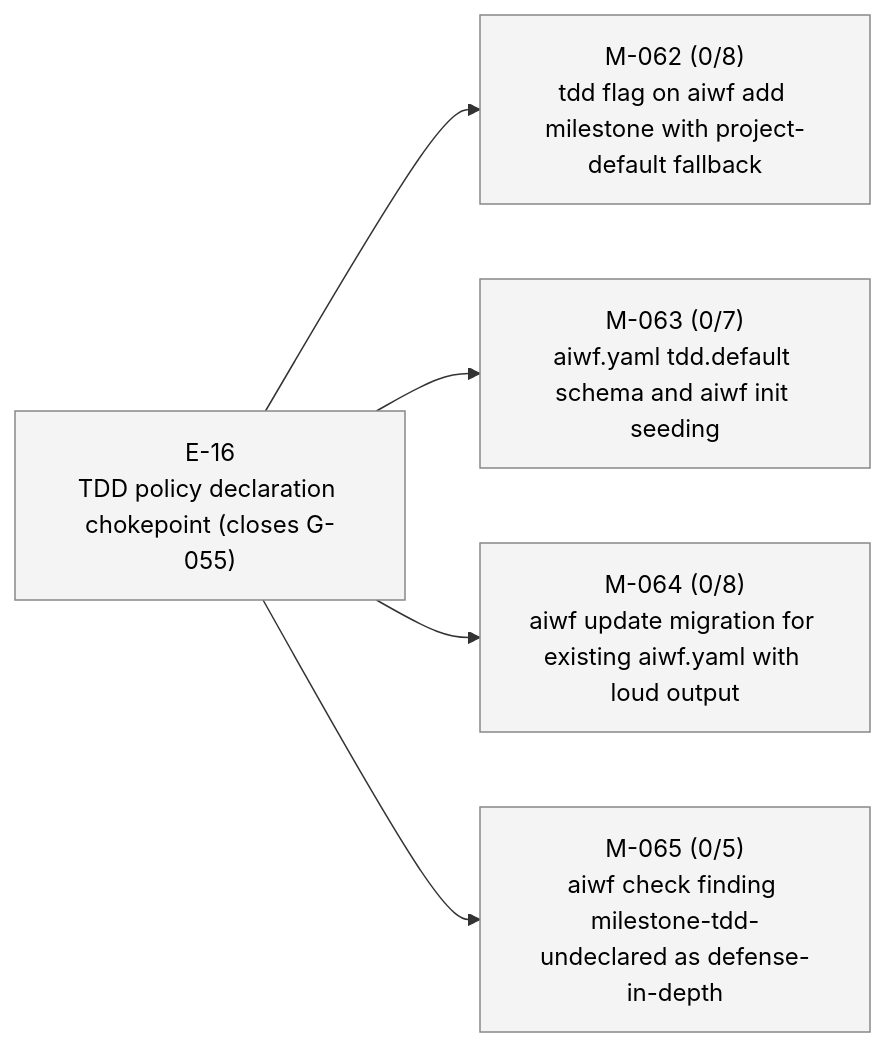
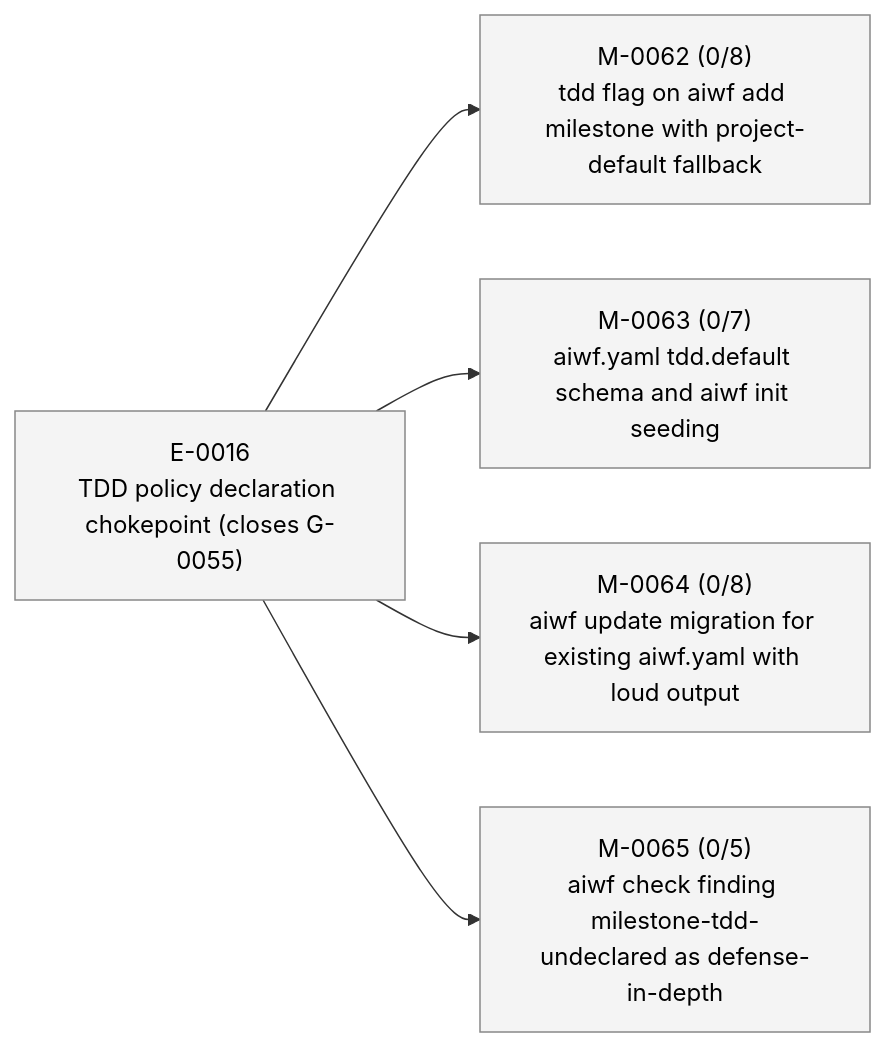
One commit to 23min/aiwf changed the first of 2 diagrams in STATUS.md. Above: the diagram before and after it, drawn with Mermaid. The commit also changed other lines of this file and 417 other files, not shown here.

````diff
--- a/STATUS.md
+++ b/STATUS.md
@@ -18,18 +18,18 @@
 ```mermaid
 flowchart LR
-  E_16["E-16<br/>TDD policy declaration chokepoint (closes G-055)"]:::epic_proposed
-  M_062["M-062 (0/8)<br/>tdd flag on aiwf add milestone with project-default fallback"]:::ms_draft
-  E_16 --> M_062
-  M_063["M-063 (0/7)<br/>aiwf.yaml tdd.default schema and aiwf init seeding"]:::ms_draft
-  E_16 --> M_063
-  M_064["M-064 (0/8)<br/>aiwf update migration for existing aiwf.yaml with loud output"]:::ms_draft
-  E_16 --> M_064
-  M_065["M-065 (0/5)<br/>aiwf check finding milestone-tdd-undeclared as defense-in-depth"]:::ms_draft
-  E_16 --> M_065
+  E_0016["E-0016<br/>TDD policy declaration chokepoint (closes G-0055)"]:::epic_proposed
+  M_0062["M-0062 (0/8)<br/>tdd flag on aiwf add milestone with project-default fallback"]:::ms_draft
+  E_0016 --> M_0062
+  M_0063["M-0063 (0/7)<br/>aiwf.yaml tdd.default schema and aiwf init seeding"]:::ms_draft
+  E_0016 --> M_0063
+  M_0064["M-0064 (0/8)<br/>aiwf update migration for existing aiwf.yaml with loud output"]:::ms_draft
+  E_0016 --> M_0064
+  M_0065["M-0065 (0/5)<br/>aiwf check finding milestone-tdd-undeclared as defense-in-depth"]:::ms_draft
+  E_0016 --> M_0065
   classDef epic_active fill:#d6eaff,stroke:#1a73e8,color:#000
   classDef epic_proposed fill:#f4f4f4,stroke:#888,color:#000
   classDef ms_done fill:#d8f5d8,stroke:#2a8a2a,color:#000
   classDef ms_in_progress fill:#fff3c4,stroke:#caa400,color:#000
   classDef ms_draft fill:#f4f4f4,stroke:#888,color:#000
   classDef ms_cancelled fill:#fbeaea,stroke:#c33,color:#000
 ```
````
